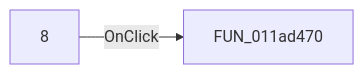
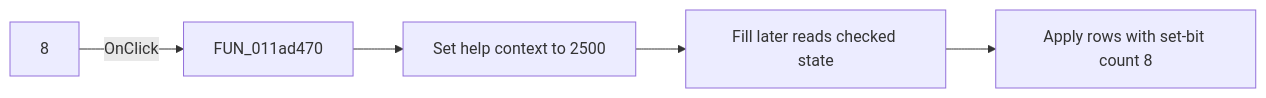
Before and after one commit to MovGP0/TIARA: the diagram in docs/ui-controls/tables-form/checkbox9-656be58567.md, drawn with Mermaid. The commit also changed other lines of this file and 387 other files, not shown here.

````diff
--- a/docs/ui-controls/tables-form/checkbox9-656be58567.md
+++ b/docs/ui-controls/tables-form/checkbox9-656be58567.md
@@ -27,4 +27,7 @@
 ```mermaid
 flowchart LR
     control["8"] -->|OnClick| handler["FUN_011ad470"]
+    handler --> topic["Set help context to 2500"]
+    topic --> fill["Fill later reads checked state"]
+    fill --> rows["Apply rows with set-bit count 8"]
 ```
````
